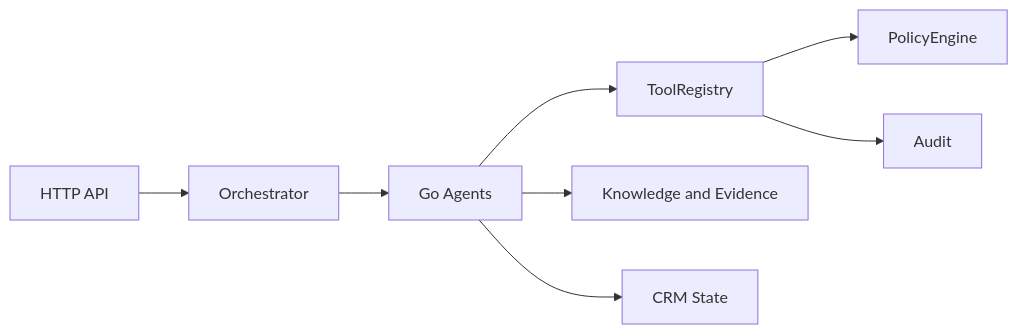
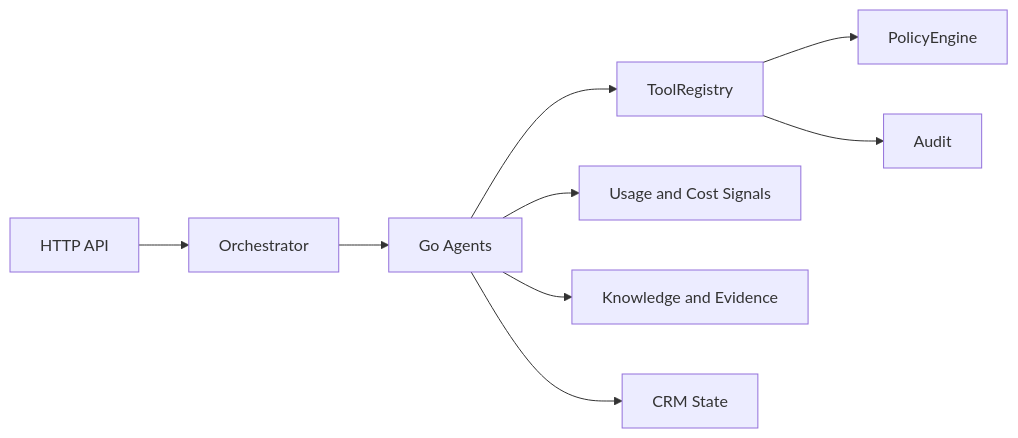
Before and after one commit to krukmat/fenix: the first of 4 diagrams in README.md, drawn with Mermaid. The commit also changed other lines of this file and 38 other files, not shown here.

````diff
--- a/README.md
+++ b/README.md
@@ -103,10 +106,11 @@
 ```mermaid
 flowchart LR
     API[HTTP API] --> ORC[Orchestrator]
     ORC --> GO[Go Agents]
     GO --> TOOLS[ToolRegistry]
     TOOLS --> POLICY[PolicyEngine]
     TOOLS --> AUDIT[Audit]
+    GO --> USAGE[Usage and Cost Signals]
     GO --> EVIDENCE[Knowledge and Evidence]
     GO --> CRM[CRM State]
 ```
````
